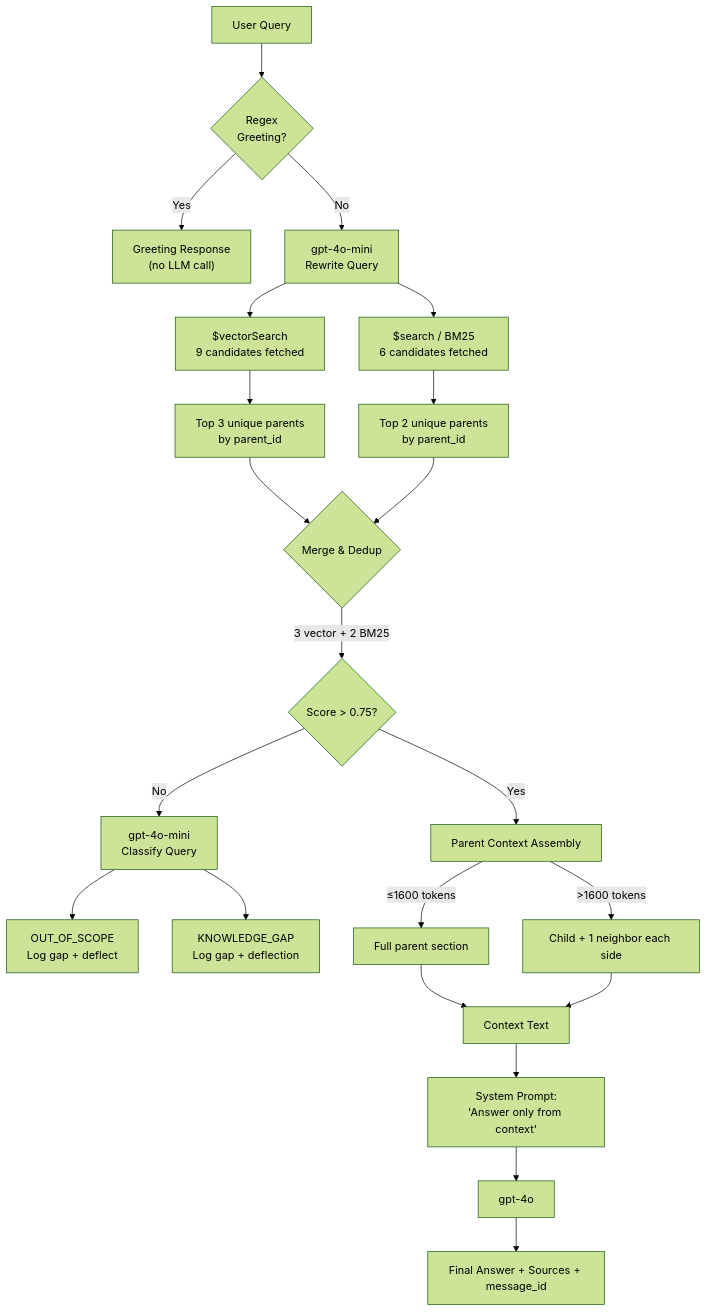
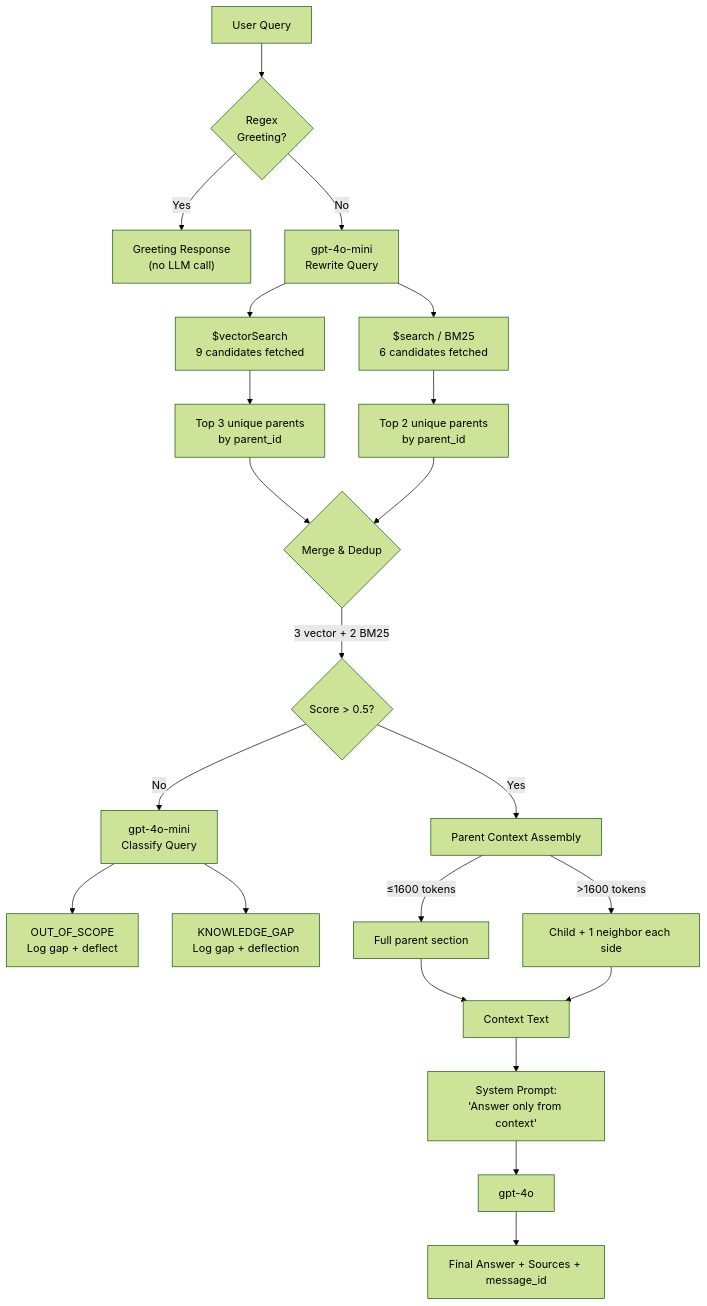
One commit to pawanm992002/AI_CHATBOT changed the fourth of 6 diagrams in README.md. Above: the diagram before and after it, drawn with Mermaid (forest theme). The commit also changed other lines of this file and 2 other files, not shown here.

````diff
--- a/README.md
+++ b/README.md
@@ -120,33 +120,33 @@
 ```mermaid
 flowchart TD
     Q[User Query] --> RG{Regex<br/>Greeting?}
     RG -->|Yes| GR["Greeting Response<br/>(no LLM call)"]
     RG -->|No| RW[gpt-4o-mini<br/>Rewrite Query]
     
     RW --> VE["$vectorSearch<br/>9 candidates fetched"]
     RW --> BE["$search / BM25<br/>6 candidates fetched"]
     
     VE --> VG[Top 3 unique parents<br/>by parent_id]
     BE --> BG[Top 2 unique parents<br/>by parent_id]
     
     VG --> Merge{Merge & Dedup}
     BG --> Merge
     
-    Merge -->|3 vector + 2 BM25| SC{Score > 0.75?}
+    Merge -->|3 vector + 2 BM25| SC{Score > 0.5?}
     
     SC -->|Yes| PA[Parent Context Assembly]
     SC -->|No| CL[gpt-4o-mini<br/>Classify Query]
     
     CL --> OOS[OUT_OF_SCOPE<br/>Log gap + deflect]
     CL --> KG[KNOWLEDGE_GAP<br/>Log gap + deflection]
     
     PA -->|≤1600 tokens| FS[Full parent section]
     PA -->|>1600 tokens| CW[Child + 1 neighbor each side]
     
     FS --> CTX[Context Text]
     CW --> CTX
     
     CTX --> SP["System Prompt:<br/>'Answer only from context'"]
     SP --> LLM[gpt-4o]
     LLM --> ANS[Final Answer + Sources + message_id]
 ```
````
